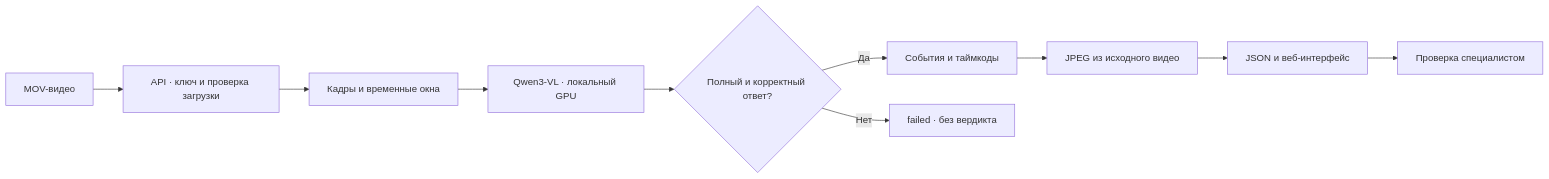
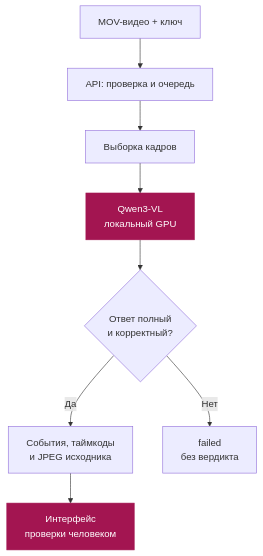
Before and after one commit to Erzhigit07/AI-GYRLAR_DATATHON_FINAL: the diagram in README.md, drawn with Mermaid.

Commit message:
docs: make architecture diagram readable on narrow screens

````diff
--- a/README.md
+++ b/README.md
@@ -72,12 +72,12 @@
 ```mermaid
-flowchart LR
-    A["MOV-видео"] --> B["API · ключ и проверка загрузки"]
-    B --> C["Кадры и временные окна"]
-    C --> D["Qwen3-VL · локальный GPU"]
-    D --> E{"Полный и корректный ответ?"}
-    E -->|Да| F["События и таймкоды"]
-    F --> G["JPEG из исходного видео"]
-    G --> H["JSON и веб-интерфейс"]
-    E -->|Нет| I["failed · без вердикта"]
-    H --> J["Проверка специалистом"]
+flowchart TB
+    A["MOV-видео + ключ"] --> B["API: проверка и очередь"]
+    B --> C["Выборка кадров"]
+    C --> D["Qwen3-VL<br/>локальный GPU"]
+    D --> E{"Ответ полный<br/>и корректный?"}
+    E -->|Да| F["События, таймкоды<br/>и JPEG исходника"]
+    F --> G["Интерфейс<br/>проверки человеком"]
+    E -->|Нет| H["failed<br/>без вердикта"]
+    classDef accent fill:#A31551,stroke:#A31551,color:#fff
+    class D,G accent
 ```
````
